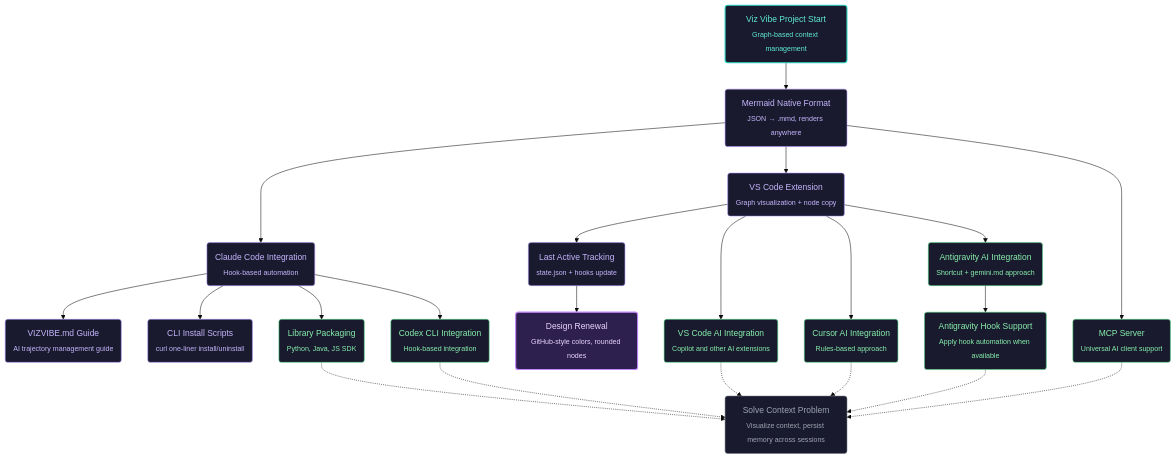
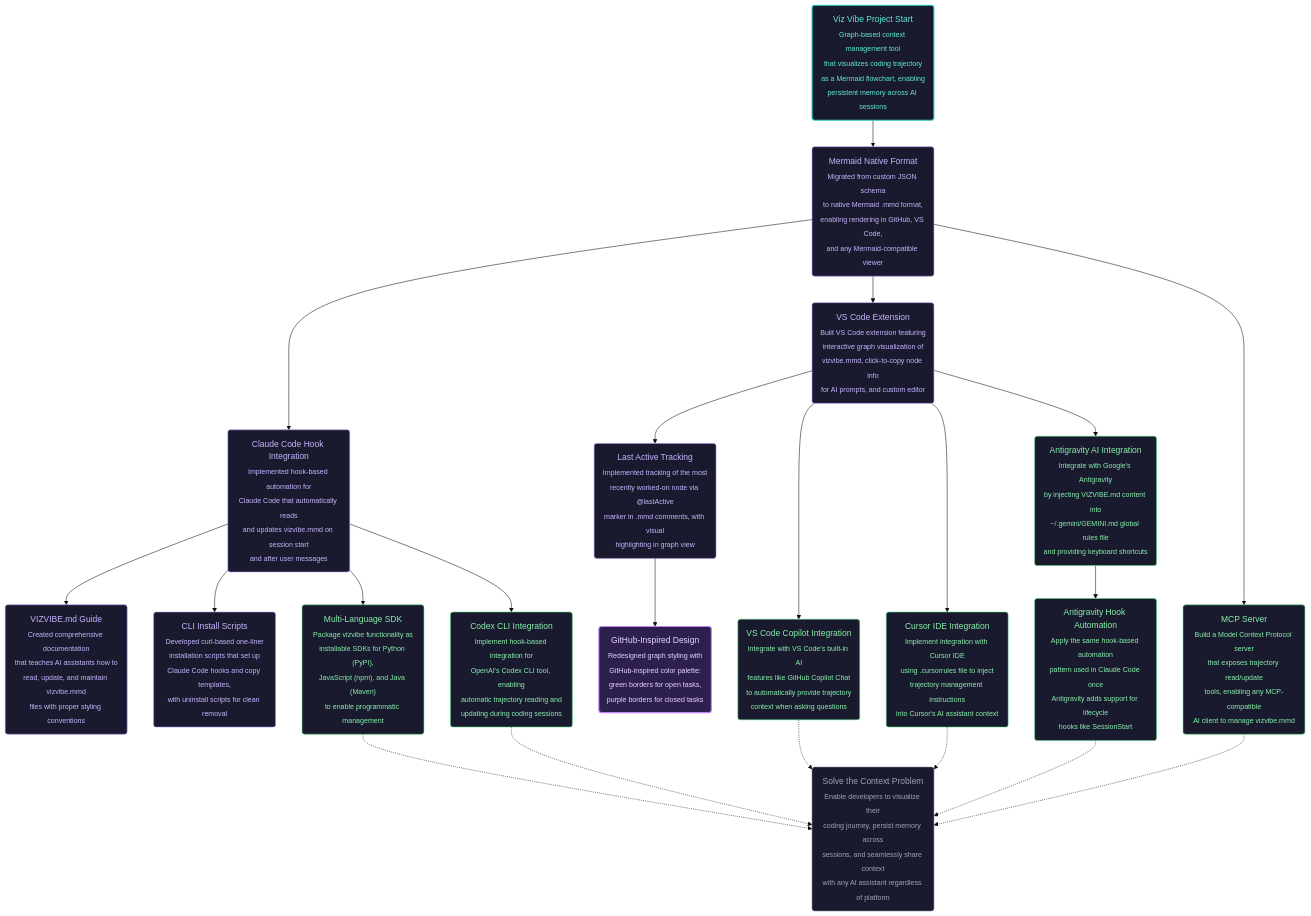
The third of 9 diagrams in shared/templates/VIZVIBE.md (NamHyeongKeol/viz-vibe), drawn with Mermaid (base theme) before and after one commit. The commit also changed other lines of this file and 2 other files, not shown here.

Commit message:
feat: improve node description format with richer content and shorter line breaks
- Updated vizvibe.mmd with detailed descriptions using 30-35 char line breaks
- Updated VIZVIBE.md template with new format guidelines
- Node metadata no longer contains description (moved to sub tag)
- Each node now has 4-5 lines of detailed description for better context

```diff
--- a/shared/templates/VIZVIBE.md
+++ b/shared/templates/VIZVIBE.md
@@ -369,56 +369,56 @@
     %% @lastActive: design_renewal
 
     %% === START ===
-    %% @project_start [start, closed]: Project started - graph-based context management tool
-    project_start("Viz Vibe Project Start<br/><sub>Graph-based context management</sub>")
+    %% @project_start [start, closed]
+    project_start("Viz Vibe Project Start<br/><sub>Graph-based context management tool<br/>that visualizes coding trajectory<br/>as a Mermaid flowchart, enabling<br/>persistent memory across AI sessions</sub>")
 
-    %% @ultimate_goal [end, opened]: Ultimate goal - visualize context across all AI coding environments
-    ultimate_goal("Solve Context Problem<br/><sub>Visualize context, persist memory across sessions</sub>")
+    %% @ultimate_goal [end, opened]
+    ultimate_goal("Solve the Context Problem<br/><sub>Enable developers to visualize their<br/>coding journey, persist memory across<br/>sessions, and seamlessly share context<br/>with any AI assistant regardless of platform</sub>")
 
     %% === COMPLETED WORK ===
-    %% @mermaid_native [ai-task, closed]: Switched from JSON to Mermaid .mmd
-    mermaid_native("Mermaid Native Format<br/><sub>JSON → .mmd, renders anywhere</sub>")
+    %% @mermaid_native [ai-task, closed]
+    mermaid_native("Mermaid Native Format<br/><sub>Migrated from custom JSON schema<br/>to native Mermaid .mmd format,<br/>enabling rendering in GitHub, VS Code,<br/>and any Mermaid-compatible viewer</sub>")
 
-    %% @claude_code_integration [ai-task, closed]: Claude Code AI agent integration via hooks
-    claude_code_integration("Claude Code Integration<br/><sub>Hook-based automation</sub>")
+    %% @claude_code_integration [ai-task, closed]
+    claude_code_integration("Claude Code Hook Integration<br/><sub>Implemented hook-based automation for<br/>Claude Code that automatically reads<br/>and updates vizvibe.mmd on session start<br/>and after user messages</sub>")
 
-    %% @vizvibe_guide [ai-task, closed]: Created VIZVIBE.md guide
-    vizvibe_guide("VIZVIBE.md Guide<br/><sub>AI trajectory management guide</sub>")
+    %% @vizvibe_guide [ai-task, closed]
+    vizvibe_guide("VIZVIBE.md Guide<br/><sub>Created comprehensive documentation<br/>that teaches AI assistants how to<br/>read, update, and maintain vizvibe.mmd<br/>files with proper styling conventions</sub>")
 
-    %% @install_scripts [ai-task, closed]: Created install scripts
-    install_scripts("CLI Install Scripts<br/><sub>curl one-liner install/uninstall</sub>")
+    %% @install_scripts [ai-task, closed]
+    install_scripts("CLI Install Scripts<br/><sub>Developed curl-based one-liner<br/>installation scripts that set up<br/>Claude Code hooks and copy templates,<br/>with uninstall scripts for clean removal</sub>")
 
-    %% @vscode_extension [ai-task, closed]: VS Code extension with graph visualization and node copy
-    vscode_extension("VS Code Extension<br/><sub>Graph visualization + node copy</sub>")
+    %% @vscode_extension [ai-task, closed]
+    vscode_extension("VS Code Extension<br/><sub>Built VS Code extension featuring<br/>interactive graph visualization of<br/>vizvibe.mmd, click-to-copy node info<br/>for AI prompts, and custom editor</sub>")
 
-    %% @lastactive_tracking [ai-task, closed]: Added lastActiveNode tracking to state.json and hooks
-    lastactive_tracking("Last Active Tracking<br/><sub>state.json + hooks update</sub>")
+    %% @lastactive_tracking [ai-task, closed]
+    lastactive_tracking("Last Active Tracking<br/><sub>Implemented tracking of the most<br/>recently worked-on node via @lastActive<br/>marker in .mmd comments, with visual<br/>highlighting in graph view</sub>")
 
-    %% @design_renewal [ai-task, closed]: GitHub-style design - green/purple colors, rounded rectangles
-    design_renewal("Design Renewal<br/><sub>GitHub-style colors, rounded nodes</sub>")
+    %% @design_renewal [ai-task, closed]
+    design_renewal("GitHub-Inspired Design<br/><sub>Redesigned graph styling with<br/>GitHub-inspired color palette:<br/>green borders for open tasks,<br/>purple borders for closed tasks</sub>")
 
     %% === FUTURE WORK: AI AGENT INTEGRATIONS ===
-    %% @vscode_agent_integration [ai-task, opened]: VS Code AI agent integration
-    vscode_agent_integration("VS Code AI Integration<br/><sub>Copilot and other AI extensions</sub>")
+    %% @vscode_agent_integration [ai-task, opened]
+    vscode_agent_integration("VS Code Copilot Integration<br/><sub>Integrate with VS Code's built-in AI<br/>features like GitHub Copilot Chat<br/>to automatically provide trajectory<br/>context when asking questions</sub>")
 
-    %% @cursor_agent_integration [ai-task, opened]: Cursor AI agent integration
-    cursor_agent_integration("Cursor AI Integration<br/><sub>Rules-based approach</sub>")
+    %% @cursor_agent_integration [ai-task, opened]
+    cursor_agent_integration("Cursor IDE Integration<br/><sub>Implement integration with Cursor IDE<br/>using .cursorrules file to inject<br/>trajectory management instructions<br/>into Cursor's AI assistant context</sub>")
 
-    %% @antigravity_agent_integration [ai-task, opened]: Antigravity AI agent integration
-    antigravity_agent_integration("Antigravity AI Integration<br/><sub>Shortcut + gemini.md approach</sub>")
+    %% @antigravity_agent_integration [ai-task, opened]
+    antigravity_agent_integration("Antigravity AI Integration<br/><sub>Integrate with Google's Antigravity<br/>by injecting VIZVIBE.md content into<br/>~/.gemini/GEMINI.md global rules file<br/>and providing keyboard shortcuts</sub>")
 
-    %% @antigravity_hook_support [ai-task, opened]: Antigravity hook support when available
-    antigravity_hook_support("Antigravity Hook Support<br/><sub>Apply hook automation when available</sub>")
+    %% @antigravity_hook_support [ai-task, opened]
+    antigravity_hook_support("Antigravity Hook Automation<br/><sub>Apply the same hook-based automation<br/>pattern used in Claude Code once<br/>Antigravity adds support for lifecycle<br/>hooks like SessionStart</sub>")
 
-    %% @codex_cli_integration [ai-task, opened]: Codex CLI AI agent integration
-    codex_cli_integration("Codex CLI Integration<br/><sub>Hook-based integration</sub>")
+    %% @codex_cli_integration [ai-task, opened]
+    codex_cli_integration("Codex CLI Integration<br/><sub>Implement hook-based integration for<br/>OpenAI's Codex CLI tool, enabling<br/>automatic trajectory reading and<br/>updating during coding sessions</sub>")
 
     %% === FUTURE WORK: OTHER ===
-    %% @lib_packaging [ai-task, opened]: Library packaging - SDK for Python, Java, JS
-    lib_packaging("Library Packaging<br/><sub>Python, Java, JS SDK</sub>")
+    %% @lib_packaging [ai-task, opened]
+    lib_packaging("Multi-Language SDK<br/><sub>Package vizvibe functionality as<br/>installable SDKs for Python (PyPI),<br/>JavaScript (npm), and Java (Maven)<br/>to enable programmatic management</sub>")
 
-    %% @mcp_server [ai-task, opened]: Complete MCP server
-    mcp_server("MCP Server<br/><sub>Universal AI client support</sub>")
+    %% @mcp_server [ai-task, opened]
+    mcp_server("MCP Server<br/><sub>Build a Model Context Protocol server<br/>that exposes trajectory read/update<br/>tools, enabling any MCP-compatible<br/>AI client to manage vizvibe.mmd</sub>")
 
     %% === CONNECTIONS ===
     project_start --> mermaid_native
```
